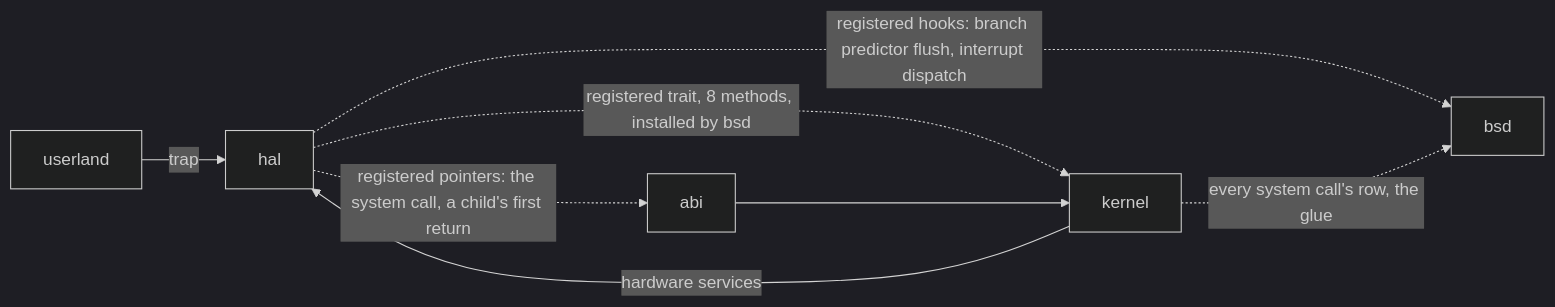
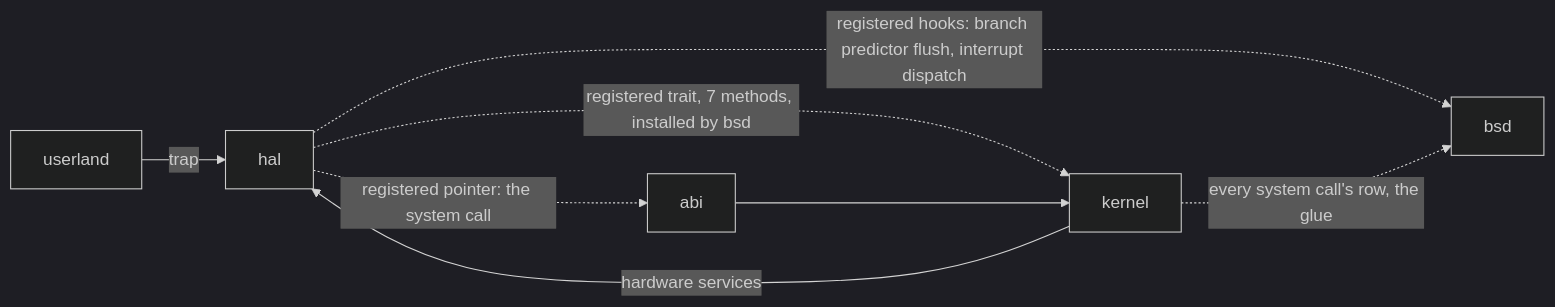
The first of 5 diagrams in docs/ENTRY.md (EmiBSD/Kernel), drawn with Mermaid (dark theme) before and after one commit. The commit also changed other lines of this file and 2 other files, not shown here.

````diff
--- a/docs/ENTRY.md
+++ b/docs/ENTRY.md
@@ -15,10 +15,10 @@
 ```mermaid
 flowchart LR
     U["userland"] -->|"trap"| HAL["hal"]
-    HAL -.->|"registered pointers: the system call, a child's first return"| ABI["abi"]
-    HAL -.->|"registered trait, 8 methods, installed by bsd"| K["kernel"]
+    HAL -.->|"registered pointer: the system call"| ABI["abi"]
+    HAL -.->|"registered trait, 7 methods, installed by bsd"| K["kernel"]
     HAL -.->|"registered hooks: branch predictor flush, interrupt dispatch"| B["bsd"]
     ABI --> K
     K -.->|"every system call's row, the glue"| B
     K -->|"hardware services"| HAL
 ```
````
